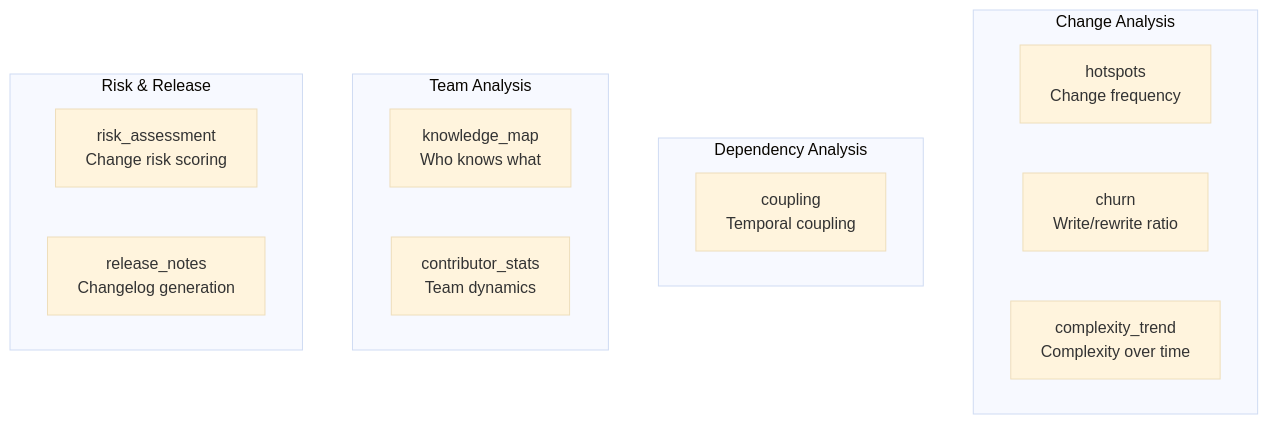
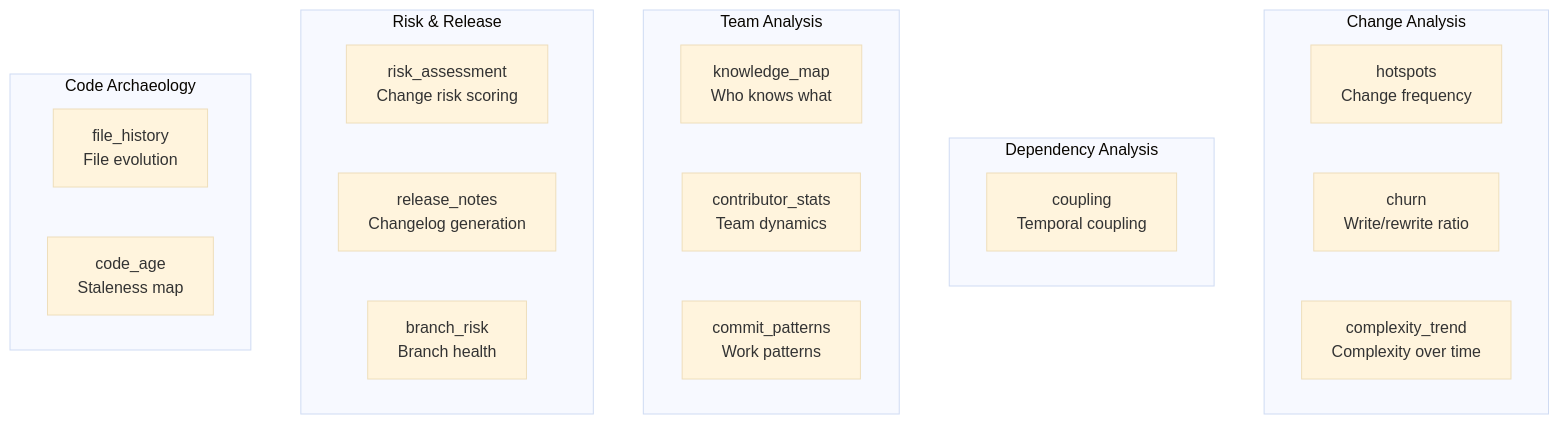
Before and after one commit to hoangsonww/GitIntel-MCP-Server: the second of 7 diagrams in README.md, drawn with Mermaid (base theme). The commit also changed other lines of this file and 12 other files, not shown here.

````diff
--- a/README.md
+++ b/README.md
@@ -52,19 +52,25 @@
 ```mermaid
 graph TD
     subgraph "Change Analysis"
         H[hotspots<br/>Change frequency]
         CH[churn<br/>Write/rewrite ratio]
         CT[complexity_trend<br/>Complexity over time]
     end
     subgraph "Dependency Analysis"
         CO[coupling<br/>Temporal coupling]
     end
     subgraph "Team Analysis"
         KM[knowledge_map<br/>Who knows what]
         CS[contributor_stats<br/>Team dynamics]
+        CP[commit_patterns<br/>Work patterns]
     end
     subgraph "Risk & Release"
         RA[risk_assessment<br/>Change risk scoring]
         RN[release_notes<br/>Changelog generation]
+        BR[branch_risk<br/>Branch health]
+    end
+    subgraph "Code Archaeology"
+        FH[file_history<br/>File evolution]
+        CA[code_age<br/>Staleness map]
     end
 ```
````
